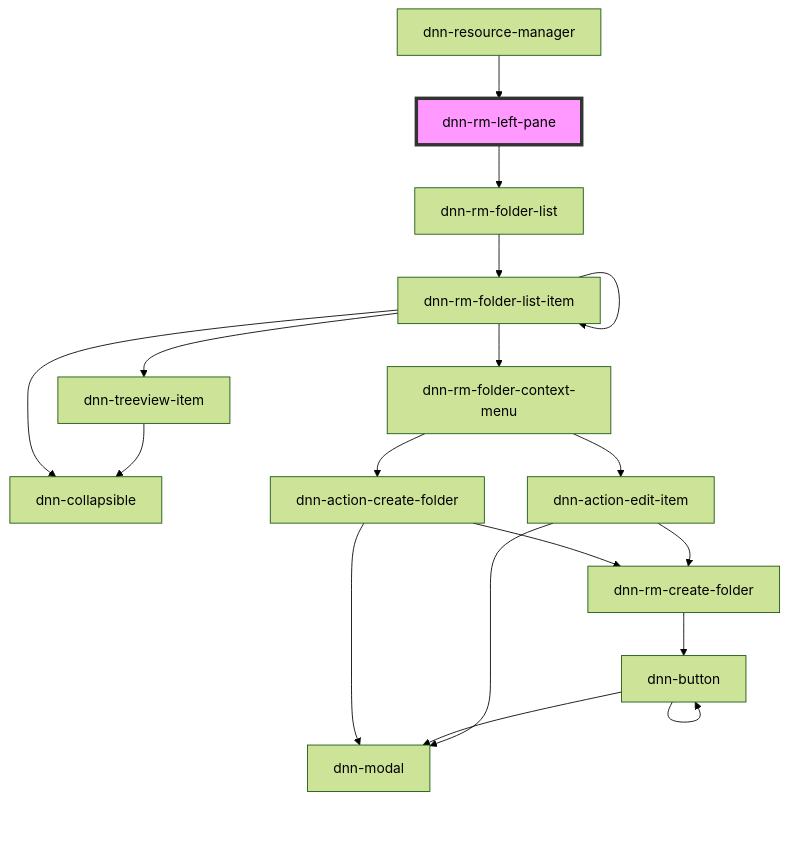
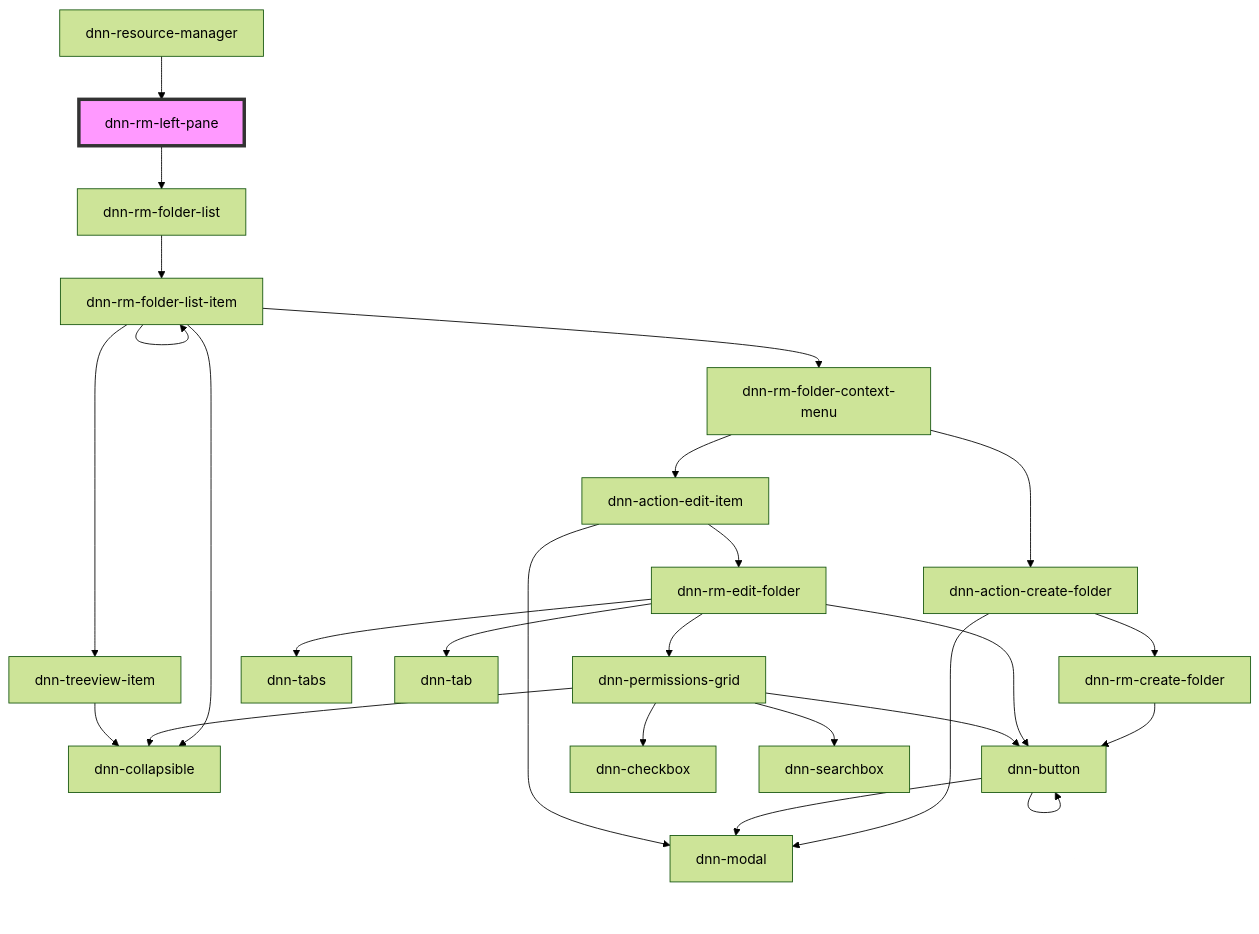
Before and after one commit to dnnsoftware/Dnn.Platform: the diagram in DNN Platform/Modules/ResourceManager/ResourceManager.Web/src/components/dnn-rm-left-pane/readme.md, drawn with Mermaid (forest theme). The commit also changed 22 other files, not shown here.

Commit message:
Finished initial implemenation of edit-folder

````diff
--- a/DNN Platform/Modules/ResourceManager/ResourceManager.Web/src/components/dnn-rm-left-pane/readme.md
+++ b/DNN Platform/Modules/ResourceManager/ResourceManager.Web/src/components/dnn-rm-left-pane/readme.md
@@ -19,21 +19,29 @@
 ```mermaid
 graph TD;
   dnn-rm-left-pane --> dnn-rm-folder-list
   dnn-rm-folder-list --> dnn-rm-folder-list-item
   dnn-rm-folder-list-item --> dnn-collapsible
   dnn-rm-folder-list-item --> dnn-rm-folder-context-menu
   dnn-rm-folder-list-item --> dnn-treeview-item
   dnn-rm-folder-list-item --> dnn-rm-folder-list-item
   dnn-rm-folder-context-menu --> dnn-action-create-folder
   dnn-rm-folder-context-menu --> dnn-action-edit-item
   dnn-action-create-folder --> dnn-modal
   dnn-action-create-folder --> dnn-rm-create-folder
   dnn-rm-create-folder --> dnn-button
   dnn-button --> dnn-modal
   dnn-button --> dnn-button
   dnn-action-edit-item --> dnn-modal
-  dnn-action-edit-item --> dnn-rm-create-folder
+  dnn-action-edit-item --> dnn-rm-edit-folder
+  dnn-rm-edit-folder --> dnn-tabs
+  dnn-rm-edit-folder --> dnn-tab
+  dnn-rm-edit-folder --> dnn-permissions-grid
+  dnn-rm-edit-folder --> dnn-button
+  dnn-permissions-grid --> dnn-checkbox
+  dnn-permissions-grid --> dnn-button
+  dnn-permissions-grid --> dnn-searchbox
+  dnn-permissions-grid --> dnn-collapsible
   dnn-treeview-item --> dnn-collapsible
   dnn-resource-manager --> dnn-rm-left-pane
   style dnn-rm-left-pane fill:#f9f,stroke:#333,stroke-width:4px
 ```
````
